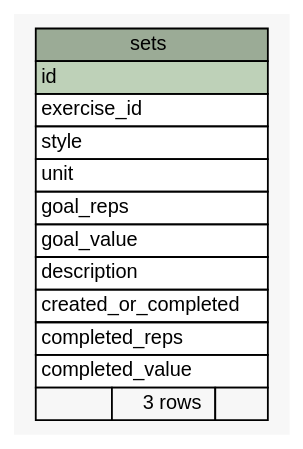
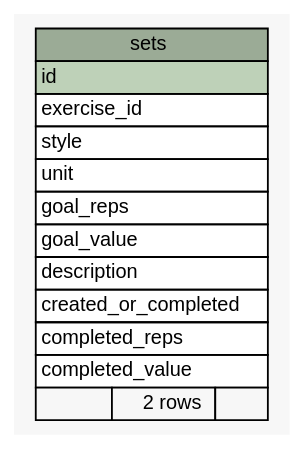
The diagram in dbDocs/diagrams/summary/sets.1degree.dot (btv/DED_backend), drawn with Graphviz before and after one commit. The commit also changed 19 other files, not shown here.

```diff
--- a/dbDocs/diagrams/summary/sets.1degree.dot
+++ b/dbDocs/diagrams/summary/sets.1degree.dot
@@ -1,39 +1,39 @@
 // dot 2.42.3 on Mac OS X 10.15.4
 // SchemaSpy rev 590
 digraph "sets" {
   graph [
     rankdir="RL"
     bgcolor="#f7f7f7"
     nodesep="0.18"
     ranksep="0.46"
     fontname="Helvetica"
     fontsize="11"
   ];
   node [
     fontname="Helvetica"
     fontsize="11"
     shape="plaintext"
   ];
   edge [
     arrowsize="0.8"
   ];
   "sets" [
     label=<
     <TABLE BORDER="0" CELLBORDER="1" CELLSPACING="0" BGCOLOR="#ffffff">
       <TR><TD COLSPAN="3" BGCOLOR="#9bab96" ALIGN="CENTER">sets</TD></TR>
       <TR><TD PORT="id" COLSPAN="3" BGCOLOR="#bed1b8" ALIGN="LEFT">id</TD></TR>
       <TR><TD PORT="exercise_id" COLSPAN="3" ALIGN="LEFT">exercise_id</TD></TR>
       <TR><TD PORT="style" COLSPAN="3" ALIGN="LEFT">style</TD></TR>
       <TR><TD PORT="unit" COLSPAN="3" ALIGN="LEFT">unit</TD></TR>
       <TR><TD PORT="goal_reps" COLSPAN="3" ALIGN="LEFT">goal_reps</TD></TR>
       <TR><TD PORT="goal_value" COLSPAN="3" ALIGN="LEFT">goal_value</TD></TR>
       <TR><TD PORT="description" COLSPAN="3" ALIGN="LEFT">description</TD></TR>
       <TR><TD PORT="created_or_completed" COLSPAN="3" ALIGN="LEFT">created_or_completed</TD></TR>
       <TR><TD PORT="completed_reps" COLSPAN="3" ALIGN="LEFT">completed_reps</TD></TR>
       <TR><TD PORT="completed_value" COLSPAN="3" ALIGN="LEFT">completed_value</TD></TR>
-      <TR><TD ALIGN="LEFT" BGCOLOR="#f7f7f7">  </TD><TD ALIGN="RIGHT" BGCOLOR="#f7f7f7">3 rows</TD><TD ALIGN="RIGHT" BGCOLOR="#f7f7f7">  </TD></TR>
+      <TR><TD ALIGN="LEFT" BGCOLOR="#f7f7f7">  </TD><TD ALIGN="RIGHT" BGCOLOR="#f7f7f7">2 rows</TD><TD ALIGN="RIGHT" BGCOLOR="#f7f7f7">  </TD></TR>
     </TABLE>>
     URL="tables/sets.html"
     tooltip="sets"
   ];
 }
```
